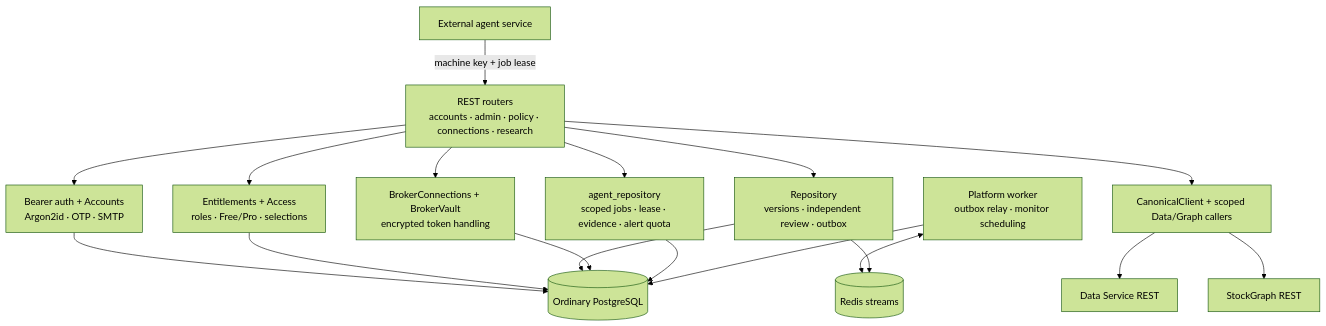
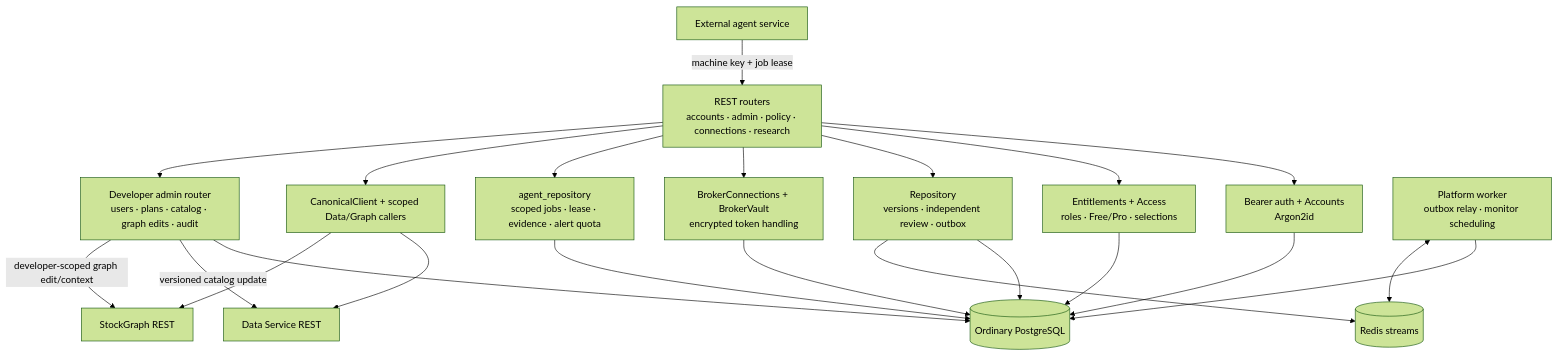
Before and after one commit to ShriNarayanPandey01/StockGraph: the first of 3 diagrams in docs/architecture/platform-service.md, drawn with Mermaid (forest theme). The commit also changed other lines of this file and 124 other files, not shown here.

````diff
--- a/docs/architecture/platform-service.md
+++ b/docs/architecture/platform-service.md
@@ -20,33 +20,38 @@
 ```mermaid
 flowchart TB
     Routes[REST routers\naccounts · admin · policy · connections · research]
-    Auth[Bearer auth + Accounts\nArgon2id · OTP · SMTP]
+    Auth[Bearer auth + Accounts\nArgon2id]
     Entitlements[Entitlements + Access\nroles · Free/Pro · selections]
     Contributions[Repository\nversions · independent review · outbox]
     Broker[BrokerConnections + BrokerVault\nencrypted token handling]
     Jobs[agent_repository\nscoped jobs · lease · evidence · alert quota]
     Clients[CanonicalClient + scoped Data/Graph callers]
+    Admin[Developer admin router\nusers · plans · catalog · graph edits · audit]
     Worker[Platform worker\noutbox relay · monitor scheduling]
     DB[(Ordinary PostgreSQL)]
     Redis[(Redis streams)]
     Data[Data Service REST]
     Graph[StockGraph REST]
     Agent[External agent service]
     Routes --> Auth
     Routes --> Entitlements
     Routes --> Contributions
     Routes --> Broker
     Routes --> Jobs
     Routes --> Clients
+    Routes --> Admin
     Auth --> DB
     Entitlements --> DB
     Contributions --> DB
     Broker --> DB
     Jobs --> DB
     Worker --> DB
     Worker <--> Redis
     Contributions --> Redis
     Clients --> Data
     Clients --> Graph
+    Admin --> DB
+    Admin -->|versioned catalog update| Data
+    Admin -->|developer-scoped graph edit/context| Graph
     Agent -->|machine key + job lease| Routes
 ```
````
